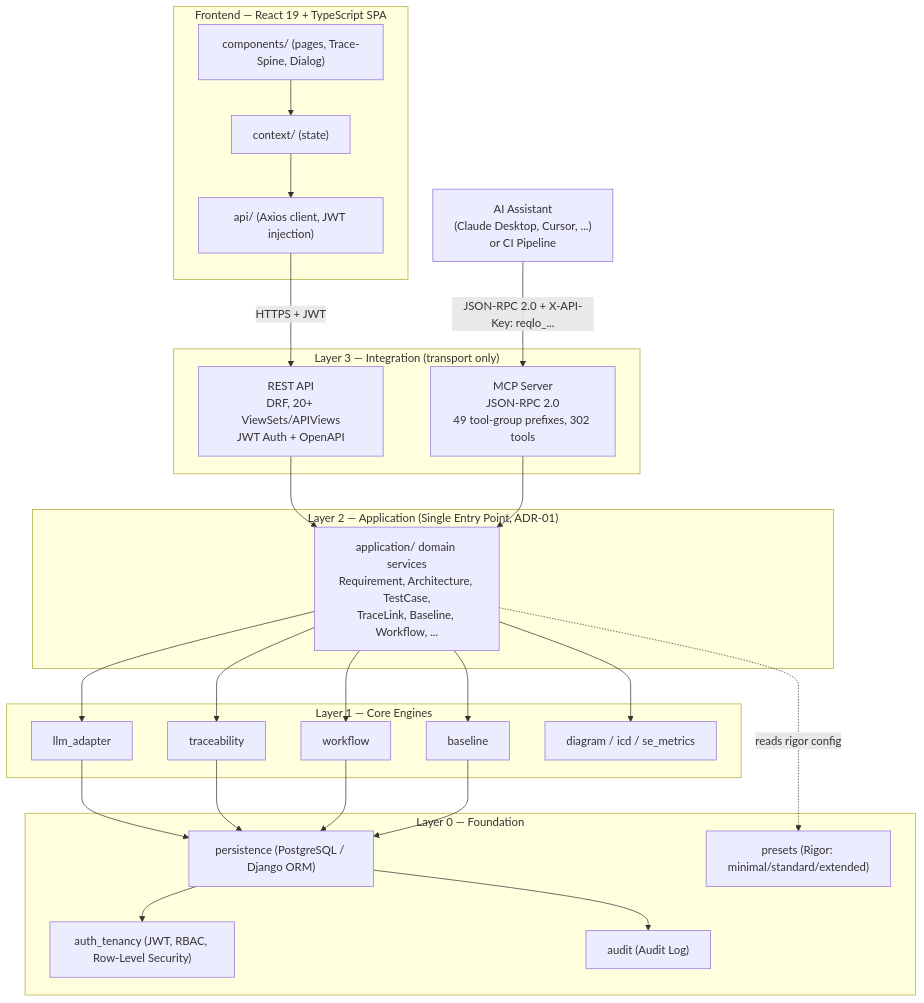
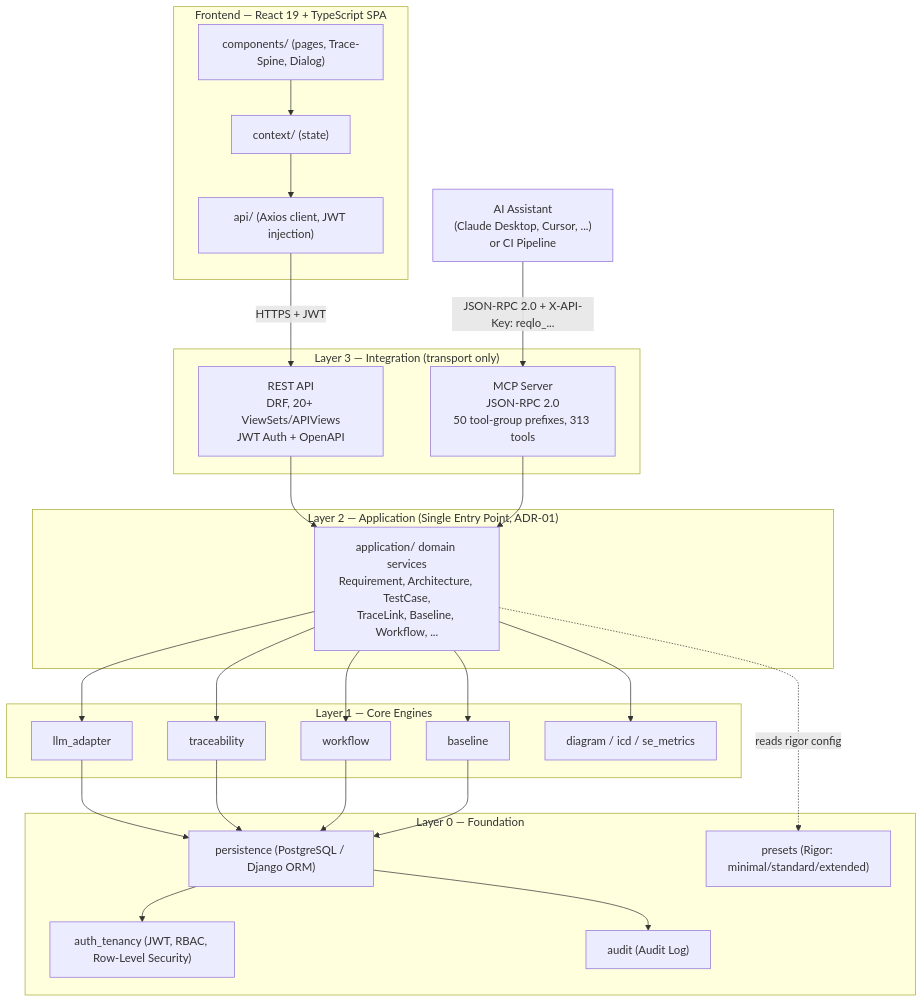
Before and after one commit to Popoboxxo/ReqogniLoom: the first of 3 diagrams in README.md, drawn with Mermaid. The commit also changed other lines of this file and 8 other files, not shown here.

````diff
--- a/README.md
+++ b/README.md
@@ -104,53 +104,53 @@
 ```mermaid
 graph TD
     subgraph FE["Frontend — React 19 + TypeScript SPA"]
         UI["components/ (pages, Trace-Spine, Dialog)"]
         CTX["context/ (state)"]
         APICLIENT["api/ (Axios client, JWT injection)"]
         UI --> CTX --> APICLIENT
     end
 
     EXT["AI Assistant<br/>(Claude Desktop, Cursor, ...)<br/>or CI Pipeline"]
 
     subgraph L3["Layer 3 — Integration (transport only)"]
         REST["REST API<br/>DRF, 20+ ViewSets/APIViews<br/>JWT Auth + OpenAPI"]
-        MCP["MCP Server<br/>JSON-RPC 2.0<br/>49 tool-group prefixes, 302 tools"]
+        MCP["MCP Server<br/>JSON-RPC 2.0<br/>50 tool-group prefixes, 313 tools"]
     end
 
     subgraph L2["Layer 2 — Application (Single Entry Point, ADR-01)"]
         APP["application/ domain services<br/>Requirement, Architecture, TestCase,<br/>TraceLink, Baseline, Workflow, ..."]
     end
 
     subgraph L1["Layer 1 — Core Engines"]
         LLM["llm_adapter"]
         TRACE["traceability"]
         WF["workflow"]
         BASE["baseline"]
         DIAG["diagram / icd / se_metrics"]
     end
 
     subgraph L0["Layer 0 — Foundation"]
         PERSIST["persistence (PostgreSQL / Django ORM)"]
         AUTH["auth_tenancy (JWT, RBAC, Row-Level Security)"]
         PRESET["presets (Rigor: minimal/standard/extended)"]
         AUDIT["audit (Audit Log)"]
     end
 
     APICLIENT -->|"HTTPS + JWT"| REST
     EXT -->|"JSON-RPC 2.0 + X-API-Key: reqlo_..."| MCP
 
     REST --> APP
     MCP --> APP
     APP --> LLM
     APP --> TRACE
     APP --> WF
     APP --> BASE
     APP --> DIAG
     APP -.->|"reads rigor config"| PRESET
     LLM --> PERSIST
     TRACE --> PERSIST
     WF --> PERSIST
     BASE --> PERSIST
     PERSIST --> AUTH
     PERSIST --> AUDIT
 ```
````
